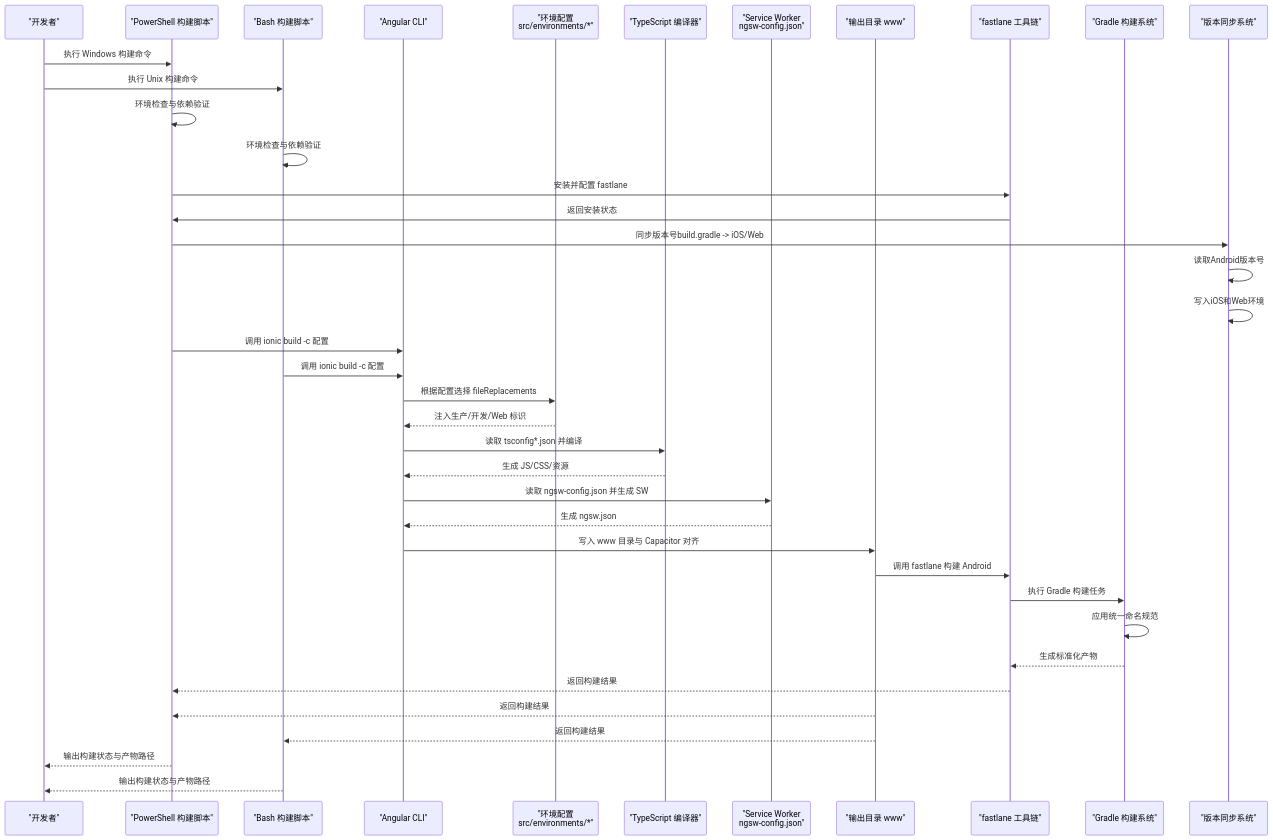
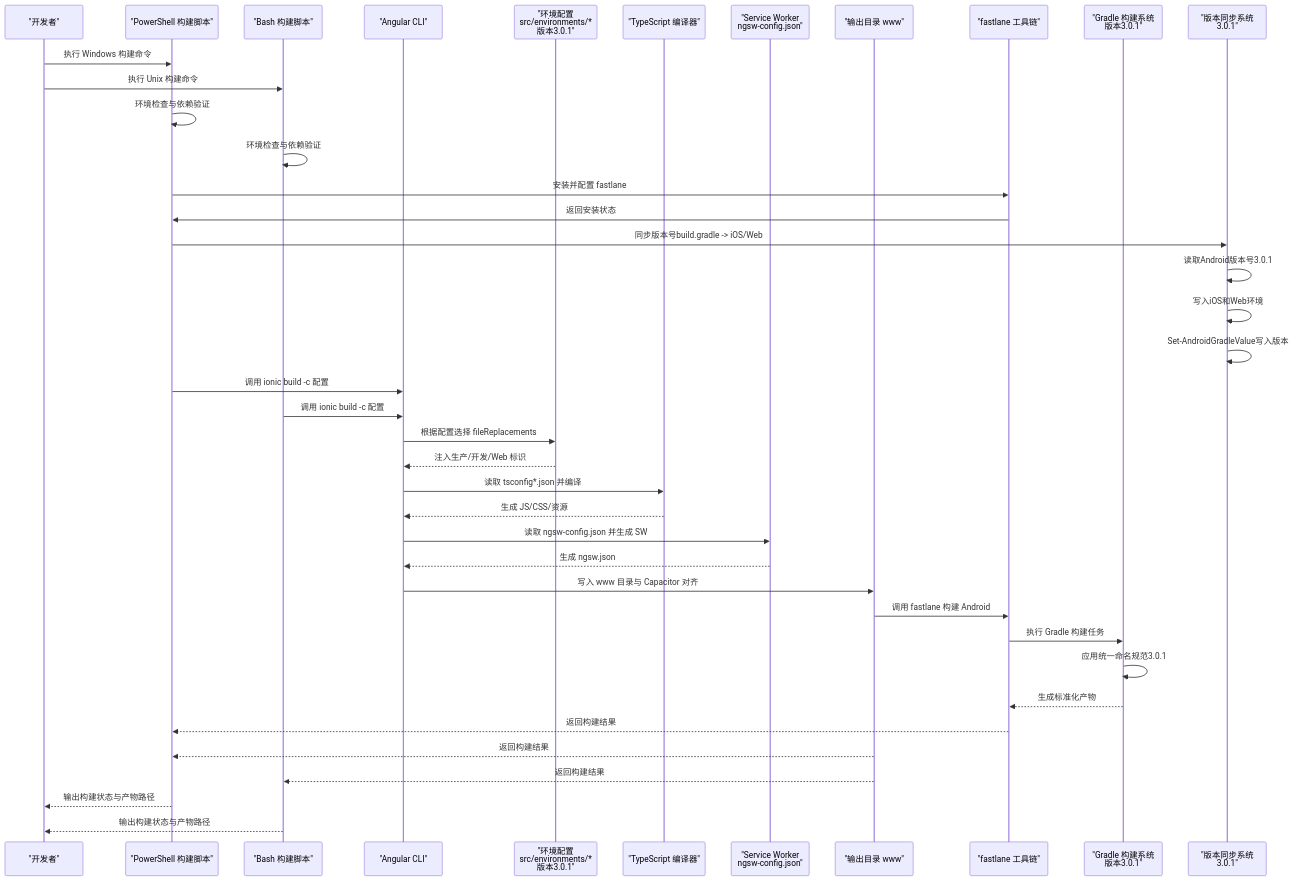
Before and after one commit to tea4go/Macro-Deck-Client-App: the second of 6 diagrams in .qoder/repowiki/zh/content/构建与部署/构建配置.md, drawn with Mermaid. The commit also changed other lines of this file and 8 other files, not shown here.

````diff
--- a/.qoder/repowiki/zh/content/构建与部署/构建配置.md
+++ b/.qoder/repowiki/zh/content/构建与部署/构建配置.md
@@ -175,41 +183,42 @@
 ```mermaid
 sequenceDiagram
 participant Dev as "开发者"
 participant WinPS as "PowerShell 构建脚本"
 participant UnixSh as "Bash 构建脚本"
 participant CLI as "Angular CLI"
-participant Env as "环境配置<br/>src/environments/*"
+participant Env as "环境配置<br/>src/environments/*<br/>版本3.0.1"
 participant TS as "TypeScript 编译器"
 participant SW as "Service Worker<br/>ngsw-config.json"
 participant Out as "输出目录 www"
 participant Fastlane as "fastlane 工具链"
-participant Gradle as "Gradle 构建系统"
-participant VersionSync as "版本同步系统"
+participant Gradle as "Gradle 构建系统<br/>版本3.0.1"
+participant VersionSync as "版本同步系统<br/>3.0.1"
 Dev->>WinPS : 执行 Windows 构建命令
 Dev->>UnixSh : 执行 Unix 构建命令
 WinPS->>WinPS : 环境检查与依赖验证
 UnixSh->>UnixSh : 环境检查与依赖验证
 WinPS->>Fastlane : 安装并配置 fastlane
 Fastlane->>WinPS : 返回安装状态
 WinPS->>VersionSync : 同步版本号build.gradle -> iOS/Web
-VersionSync->>VersionSync : 读取Android版本号
+VersionSync->>VersionSync : 读取Android版本号3.0.1
 VersionSync->>VersionSync : 写入iOS和Web环境
+VersionSync->>VersionSync : Set-AndroidGradleValue写入版本
 WinPS->>CLI : 调用 ionic build -c 配置
 UnixSh->>CLI : 调用 ionic build -c 配置
 CLI->>Env : 根据配置选择 fileReplacements
 Env-->>CLI : 注入生产/开发/Web 标识
 CLI->>TS : 读取 tsconfig*.json 并编译
 TS-->>CLI : 生成 JS/CSS/资源
 CLI->>SW : 读取 ngsw-config.json 并生成 SW
 SW-->>CLI : 生成 ngsw.json
 CLI->>Out : 写入 www 目录与 Capacitor 对齐
 Out->>Fastlane : 调用 fastlane 构建 Android
 Fastlane->>Gradle : 执行 Gradle 构建任务
-Gradle->>Gradle : 应用统一命名规范
+Gradle->>Gradle : 应用统一命名规范3.0.1
 Gradle-->>Fastlane : 生成标准化产物
 Fastlane-->>WinPS : 返回构建结果
 Out-->>WinPS : 返回构建结果
 Out-->>UnixSh : 返回构建结果
 WinPS-->>Dev : 输出构建状态与产物路径
 UnixSh-->>Dev : 输出构建状态与产物路径
 ```
````
